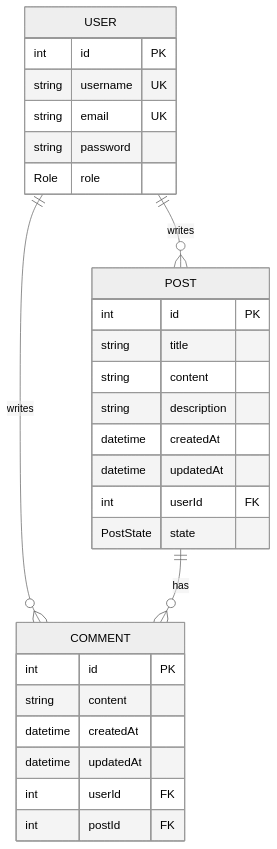
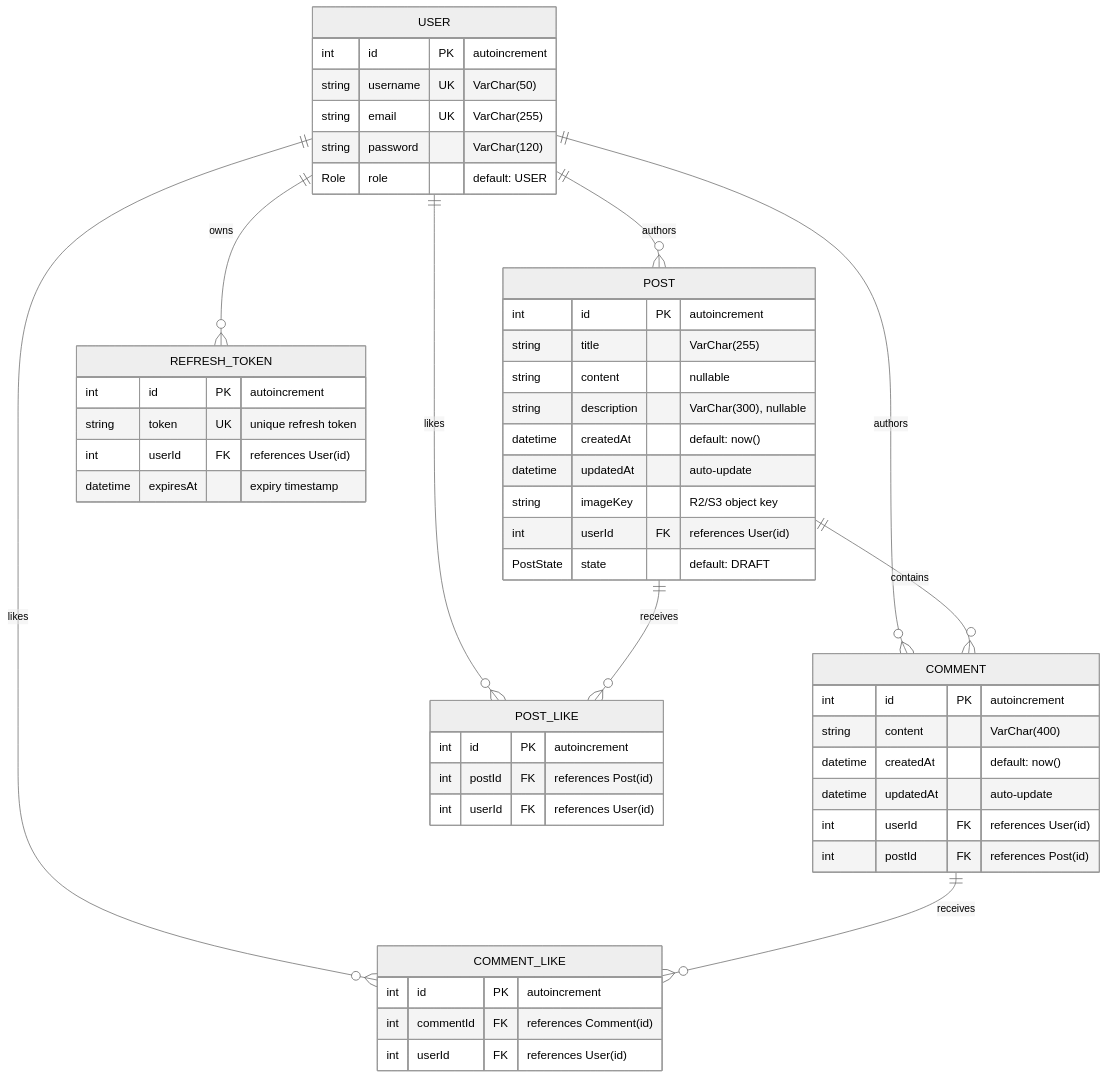
One commit to feddevv/blog-api changed the diagram in docs/database.md. Above: the diagram before and after it, drawn with Mermaid (neutral theme). The commit also changed other lines of this file, not shown here.

Commit message:
docs: enhance database documentation with detailed architecture

````diff
--- a/docs/database.md
+++ b/docs/database.md
@@ -14,34 +19,61 @@
 ```mermaid
 erDiagram
-	USER ||--o{ POST : writes
-	USER ||--o{ COMMENT : writes
-	POST ||--o{ COMMENT : has
+    USER ||--o{ POST : "authors"
+    USER ||--o{ COMMENT : "authors"
+    USER ||--o{ REFRESH_TOKEN : "owns"
+    USER ||--o{ POST_LIKE : "likes"
+    USER ||--o{ COMMENT_LIKE : "likes"
 
-	USER {
-		int id PK
-		string username UK
-		string email UK
-		string password
-		Role role
-	}
+    POST ||--o{ COMMENT : "contains"
+    POST ||--o{ POST_LIKE : "receives"
 
-	POST {
-		int id PK
-		string title
-		string content
-		string description
-		datetime createdAt
-		datetime updatedAt
-		int userId FK
-		PostState state
-	}
+    COMMENT ||--o{ COMMENT_LIKE : "receives"
 
-	COMMENT {
-		int id PK
-		string content
-		datetime createdAt
-		datetime updatedAt
-		int userId FK
-		int postId FK
-	}
+    USER {
+        int id PK "autoincrement"
+        string username UK "VarChar(50)"
+        string email UK "VarChar(255)"
+        string password "VarChar(120)"
+        Role role "default: USER"
+    }
+
+    POST {
+        int id PK "autoincrement"
+        string title "VarChar(255)"
+        string content "nullable"
+        string description "VarChar(300), nullable"
+        datetime createdAt "default: now()"
+        datetime updatedAt "auto-update"
+        string imageKey "R2/S3 object key"
+        int userId FK "references User(id)"
+        PostState state "default: DRAFT"
+    }
+
+    COMMENT {
+        int id PK "autoincrement"
+        string content "VarChar(400)"
+        datetime createdAt "default: now()"
+        datetime updatedAt "auto-update"
+        int userId FK "references User(id)"
+        int postId FK "references Post(id)"
+    }
+
+    POST_LIKE {
+        int id PK "autoincrement"
+        int postId FK "references Post(id)"
+        int userId FK "references User(id)"
+    }
+
+    COMMENT_LIKE {
+        int id PK "autoincrement"
+        int commentId FK "references Comment(id)"
+        int userId FK "references User(id)"
+    }
+
+    REFRESH_TOKEN {
+        int id PK "autoincrement"
+        string token UK "unique refresh token"
+        int userId FK "references User(id)"
+        datetime expiresAt "expiry timestamp"
+    }
 ```
````
